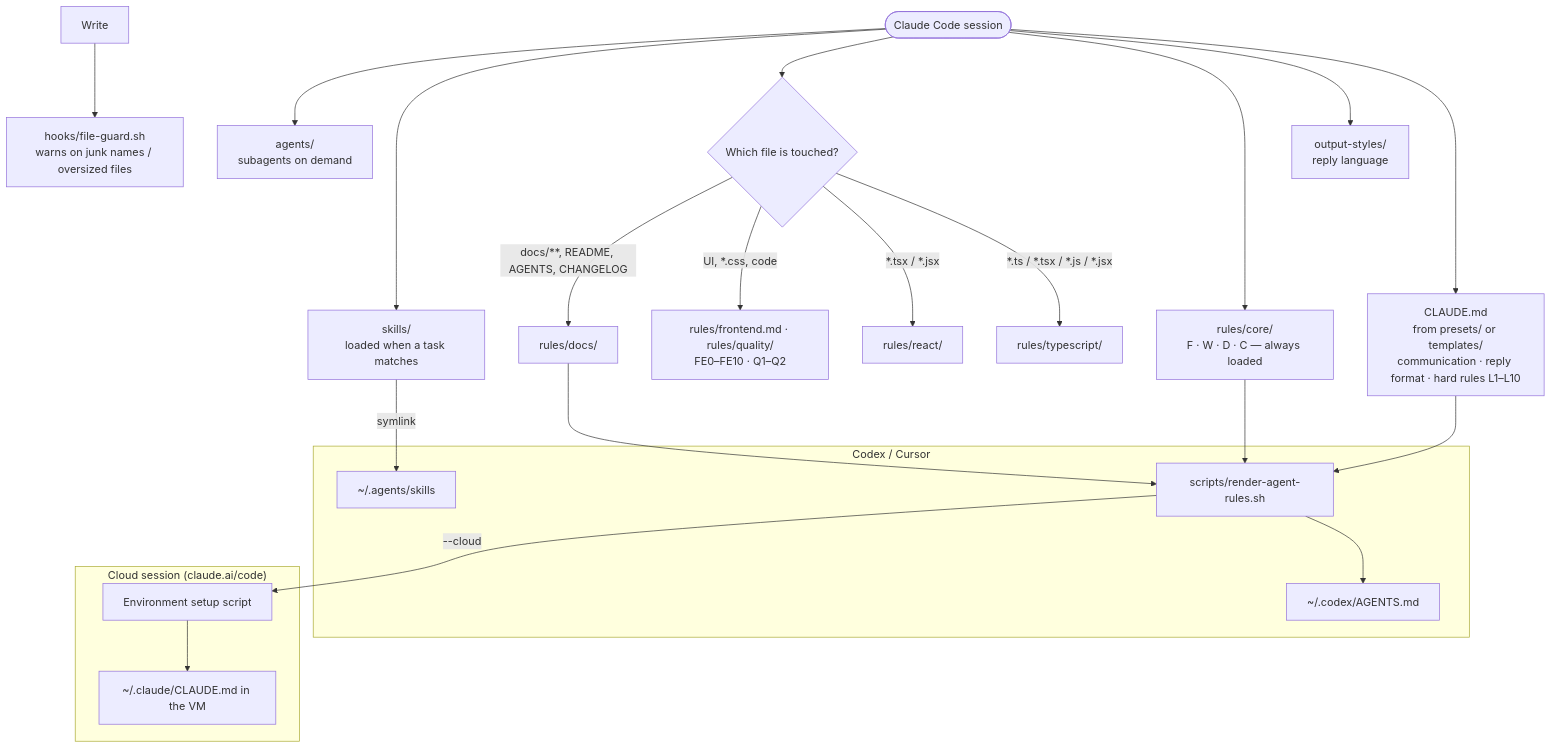
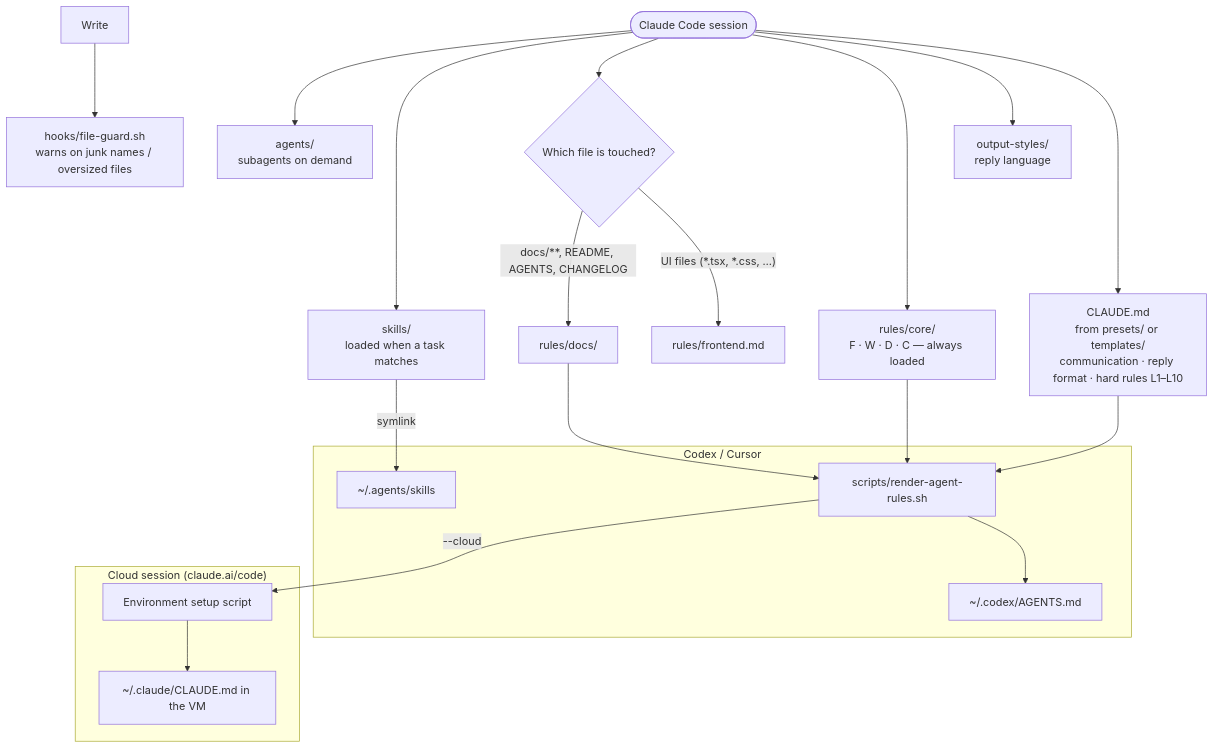
One commit to mxrsv/agents-skills changed the first of 2 diagrams in README.en.md. Above: the diagram before and after it, drawn with Mermaid. The commit also changed other lines of this file and 17 other files, not shown here.

Commit message:
refactor(rules): cut rules Claude can infer from the code

````diff
--- a/README.en.md
+++ b/README.en.md
@@ -7,24 +7,22 @@
 ```mermaid
 flowchart TD
     S([Claude Code session]) --> A["CLAUDE.md<br/>from presets/ or templates/<br/>communication · reply format · hard rules L1–L10"]
     S --> O["output-styles/<br/>reply language"]
     S --> C["rules/core/<br/>F · W · D · C — always loaded"]
     S --> T{"Which file is touched?"}
-    T -- "*.ts / *.tsx / *.js / *.jsx" --> TS["rules/typescript/"]
-    T -- "*.tsx / *.jsx" --> R["rules/react/"]
-    T -- "UI, *.css, code" --> Q["rules/frontend.md · rules/quality/<br/>FE0–FE10 · Q1–Q2"]
+    T -- "UI files (*.tsx, *.css, …)" --> Q["rules/frontend.md"]
     T -- "docs/**, README, AGENTS, CHANGELOG" --> D["rules/docs/"]
     S --> K["skills/<br/>loaded when a task matches"]
     S --> AG["agents/<br/>subagents on demand"]
     WR["Write"] --> H["hooks/file-guard.sh<br/>warns on junk names / oversized files"]
     subgraph CX["Codex / Cursor"]
         G["scripts/render-agent-rules.sh"] --> X["~/.codex/AGENTS.md"]
         L["~/.agents/skills"]
     end
     subgraph CL["Cloud session (claude.ai/code)"]
         SS["Environment setup script"] --> CM["~/.claude/CLAUDE.md in the VM"]
     end
     A & C & D --> G
     G -- "--cloud" --> SS
     K -- symlink --> L
 ```
````
